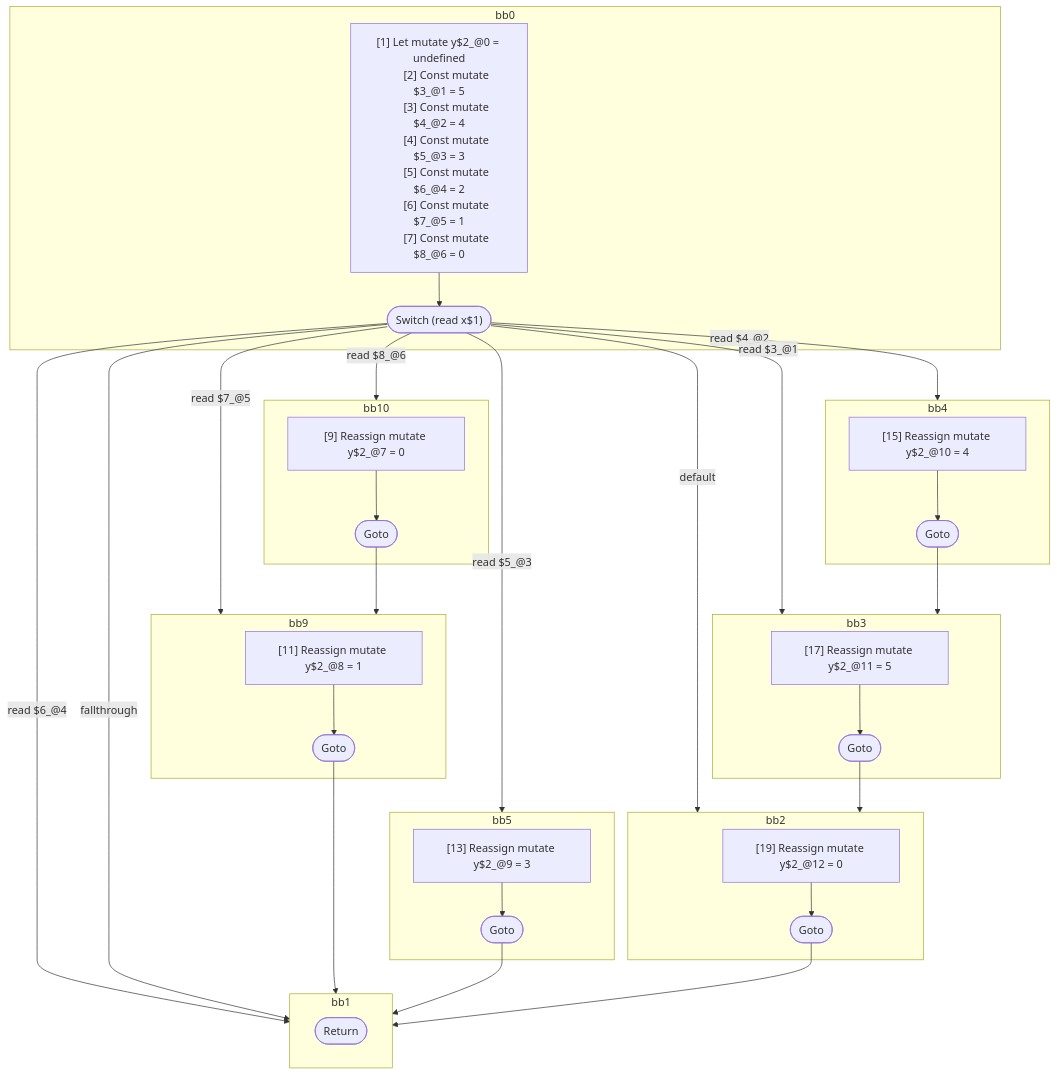
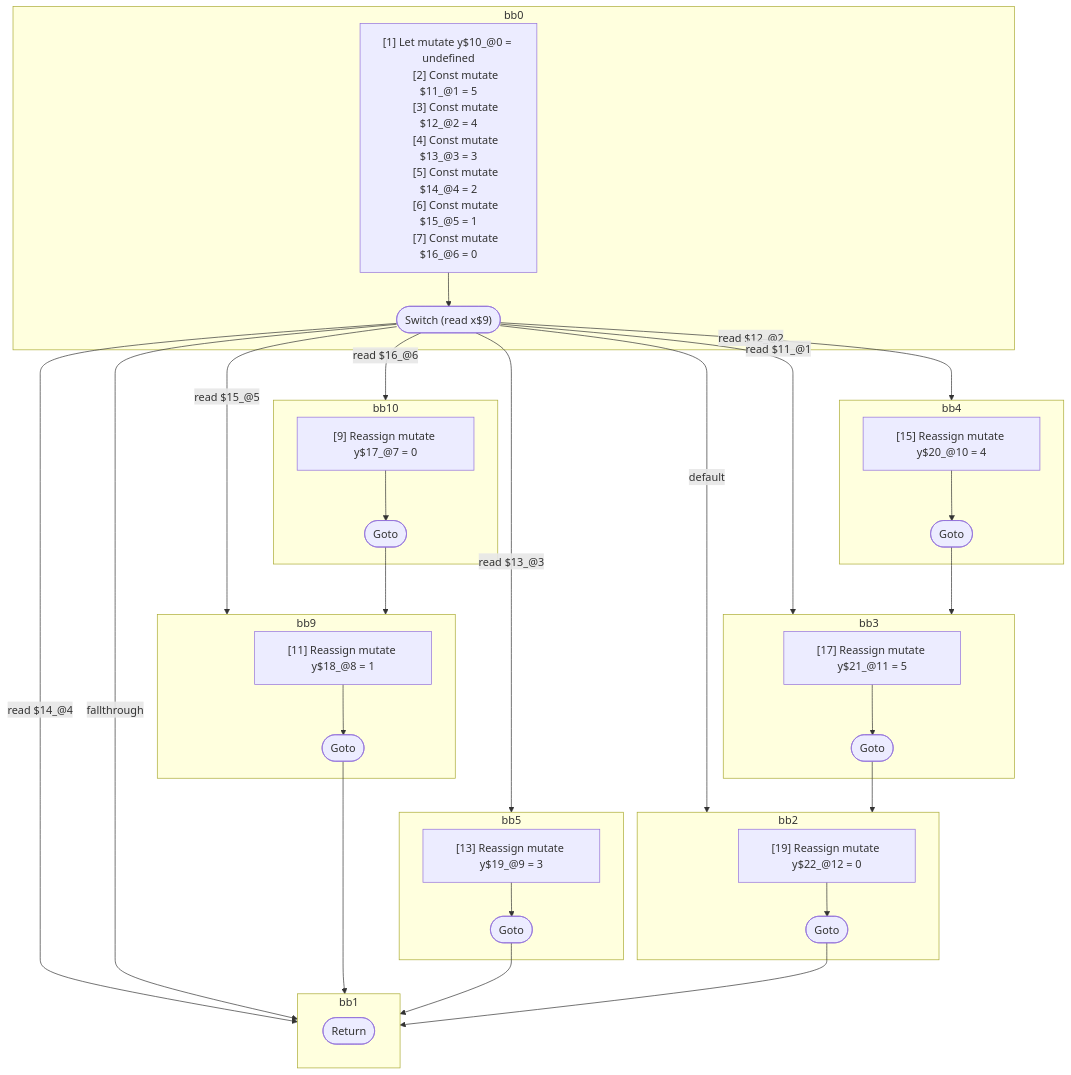
Before and after one commit to wutsmog/private: the diagram in compiler/forget/src/__tests__/fixtures/hir/switch-with-fallthrough.expect.md, drawn with Mermaid. The commit also changed other lines of this file and 59 other files, not shown here.

````diff
--- a/compiler/forget/src/__tests__/fixtures/hir/switch-with-fallthrough.expect.md
+++ b/compiler/forget/src/__tests__/fixtures/hir/switch-with-fallthrough.expect.md
@@ -85,72 +85,72 @@
 ```mermaid
 flowchart TB
   %% Basic Blocks
   subgraph bb0
     bb0_instrs["
-      [1] Let mutate y$2_@0 = undefined
-      [2] Const mutate $3_@1 = 5
-      [3] Const mutate $4_@2 = 4
-      [4] Const mutate $5_@3 = 3
-      [5] Const mutate $6_@4 = 2
-      [6] Const mutate $7_@5 = 1
-      [7] Const mutate $8_@6 = 0
+      [1] Let mutate y$10_@0 = undefined
+      [2] Const mutate $11_@1 = 5
+      [3] Const mutate $12_@2 = 4
+      [4] Const mutate $13_@3 = 3
+      [5] Const mutate $14_@4 = 2
+      [6] Const mutate $15_@5 = 1
+      [7] Const mutate $16_@6 = 0
     "]
-    bb0_instrs --> bb0_terminal(["Switch (read x$1)"])
+    bb0_instrs --> bb0_terminal(["Switch (read x$9)"])
   end
   subgraph bb10
     bb10_instrs["
-      [9] Reassign mutate y$2_@7 = 0
+      [9] Reassign mutate y$17_@7 = 0
     "]
     bb10_instrs --> bb10_terminal(["Goto"])
   end
   subgraph bb9
     bb9_instrs["
-      [11] Reassign mutate y$2_@8 = 1
+      [11] Reassign mutate y$18_@8 = 1
     "]
     bb9_instrs --> bb9_terminal(["Goto"])
   end
   subgraph bb5
     bb5_instrs["
-      [13] Reassign mutate y$2_@9 = 3
+      [13] Reassign mutate y$19_@9 = 3
     "]
     bb5_instrs --> bb5_terminal(["Goto"])
   end
   subgraph bb4
     bb4_instrs["
-      [15] Reassign mutate y$2_@10 = 4
+      [15] Reassign mutate y$20_@10 = 4
     "]
     bb4_instrs --> bb4_terminal(["Goto"])
   end
   subgraph bb3
     bb3_instrs["
-      [17] Reassign mutate y$2_@11 = 5
+      [17] Reassign mutate y$21_@11 = 5
     "]
     bb3_instrs --> bb3_terminal(["Goto"])
   end
   subgraph bb2
     bb2_instrs["
-      [19] Reassign mutate y$2_@12 = 0
+      [19] Reassign mutate y$22_@12 = 0
     "]
     bb2_instrs --> bb2_terminal(["Goto"])
   end
   subgraph bb1
     bb1_terminal(["Return"])
   end
 
   %% Jumps
-  bb0_terminal -- "read $8_@6" --> bb10
-  bb0_terminal -- "read $7_@5" --> bb9
-  bb0_terminal -- "read $6_@4" --> bb1
-  bb0_terminal -- "read $5_@3" --> bb5
-  bb0_terminal -- "read $4_@2" --> bb4
-  bb0_terminal -- "read $3_@1" --> bb3
+  bb0_terminal -- "read $16_@6" --> bb10
+  bb0_terminal -- "read $15_@5" --> bb9
+  bb0_terminal -- "read $14_@4" --> bb1
+  bb0_terminal -- "read $13_@3" --> bb5
+  bb0_terminal -- "read $12_@2" --> bb4
+  bb0_terminal -- "read $11_@1" --> bb3
   bb0_terminal -- "default" --> bb2
   bb0_terminal -- "fallthrough" --> bb1
   bb10_terminal --> bb9
   bb9_terminal --> bb1
   bb5_terminal --> bb1
   bb4_terminal --> bb3
   bb3_terminal --> bb2
   bb2_terminal --> bb1
 
 ```
````
